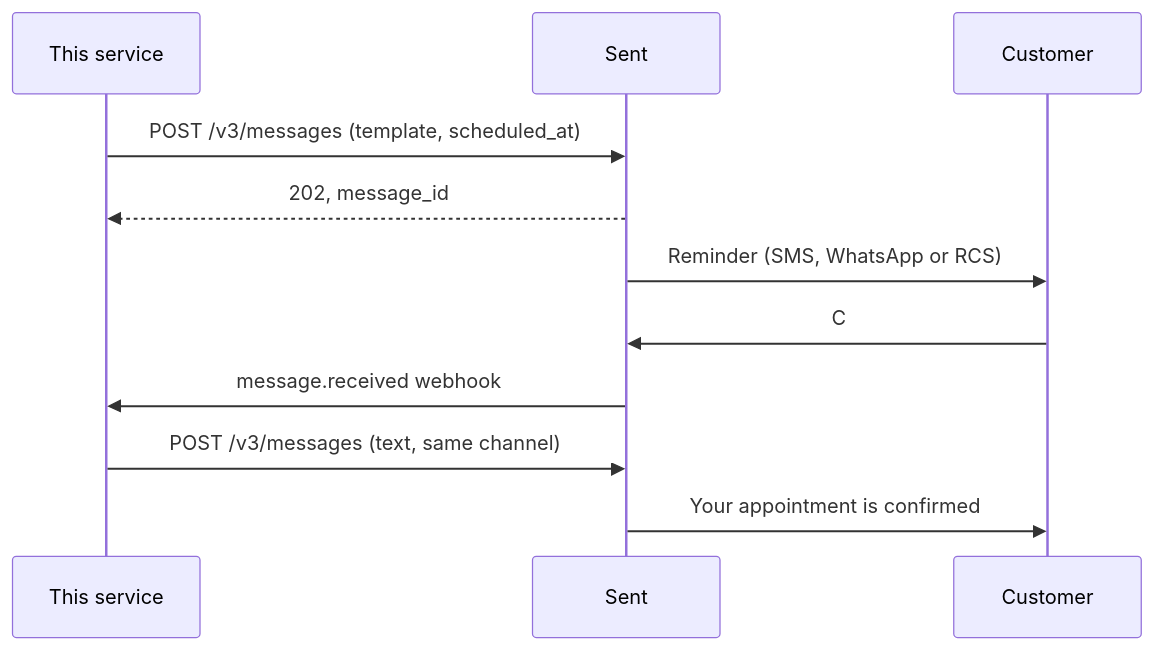
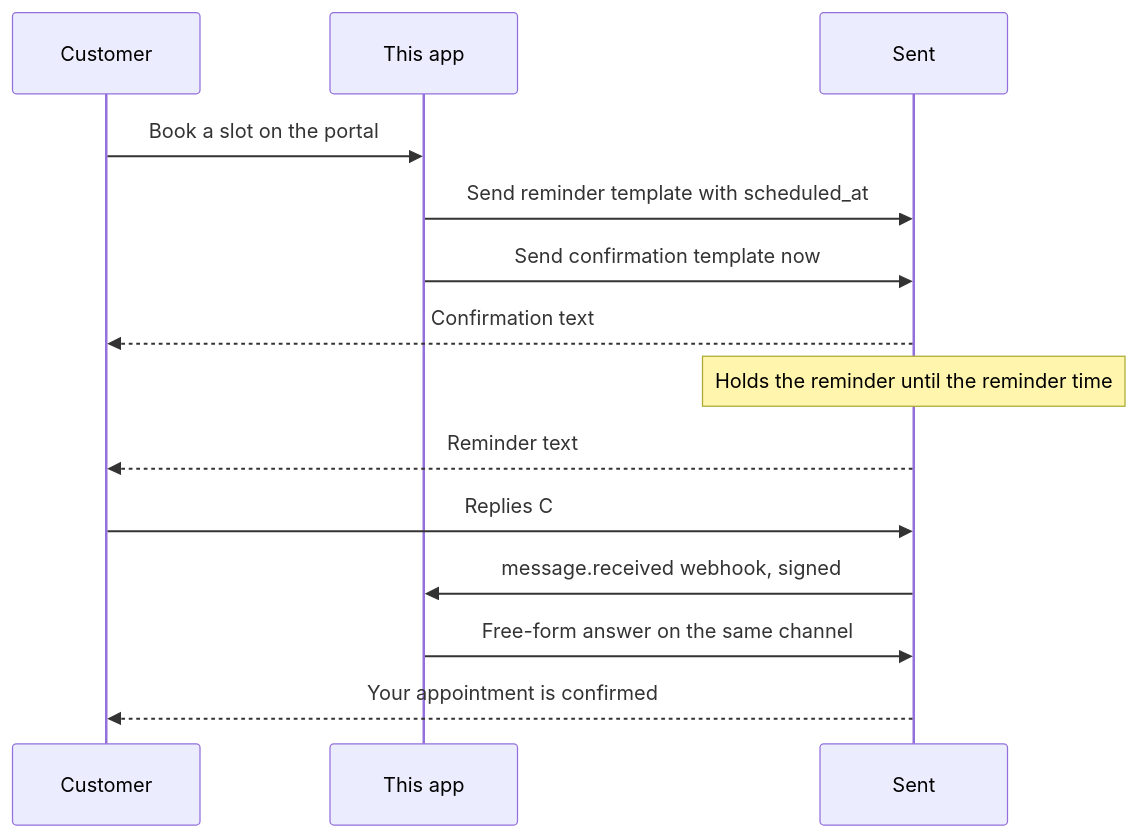
The first of 2 diagrams in README.md (parv15/appointment-reminders), drawn with Mermaid before and after one commit. The commit also changed other lines of this file and 16 other files, not shown here.

Commit message:
Polish: README with screenshots and diagrams, reminder timing, CI, cleaner code and styles

````diff
--- a/README.md
+++ b/README.md
@@ -7,13 +79,16 @@
 ```mermaid
 sequenceDiagram
-    participant App as This service
-    participant Sent
-    participant Customer
-    App->>Sent: POST /v3/messages (template, scheduled_at)
-    Sent-->>App: 202, message_id
-    Sent->>Customer: Reminder (SMS, WhatsApp or RCS)
-    Customer->>Sent: C
-    Sent->>App: message.received webhook
-    App->>Sent: POST /v3/messages (text, same channel)
-    Sent->>Customer: Your appointment is confirmed
+    participant C as Customer
+    participant A as This app
+    participant S as Sent
+    C->>A: Book a slot on the portal
+    A->>S: Send reminder template with scheduled_at
+    A->>S: Send confirmation template now
+    S-->>C: Confirmation text
+    Note over S: Holds the reminder until the reminder time
+    S-->>C: Reminder text
+    C->>S: Replies C
+    S->>A: message.received webhook, signed
+    A->>S: Free-form answer on the same channel
+    S-->>C: Your appointment is confirmed
 ```
````
